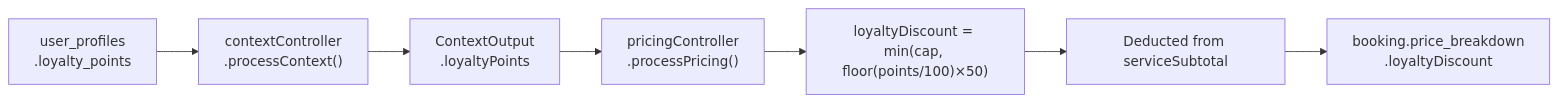
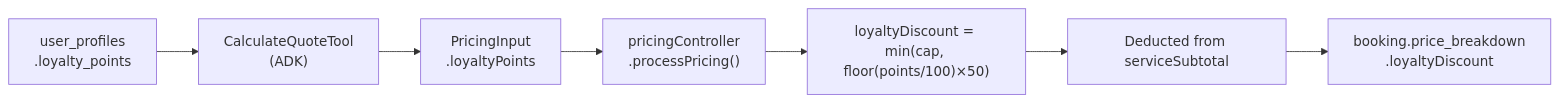
One commit to Muzammillcoste/DigitalKaam changed the diagram in docs/07_Loyalty_Point_System.md. Above: the diagram before and after it, drawn with Mermaid. The commit also changed other lines of this file and 17 other files, not shown here.

````diff
--- a/docs/07_Loyalty_Point_System.md
+++ b/docs/07_Loyalty_Point_System.md
@@ -71,9 +71,9 @@
 ```mermaid
 flowchart LR
-    A["user_profiles\n.loyalty_points"] --> B["contextController\n.processContext()"]
-    B --> C["ContextOutput\n.loyaltyPoints"]
+    A["user_profiles\n.loyalty_points"] --> B["CalculateQuoteTool\n(ADK)"]
+    B --> C["PricingInput\n.loyaltyPoints"]
     C --> D["pricingController\n.processPricing()"]
     D --> E["loyaltyDiscount = min(cap, floor(points/100)×50)"]
     E --> F["Deducted from serviceSubtotal"]
     F --> G["booking.price_breakdown\n.loyaltyDiscount"]
 ```
````
